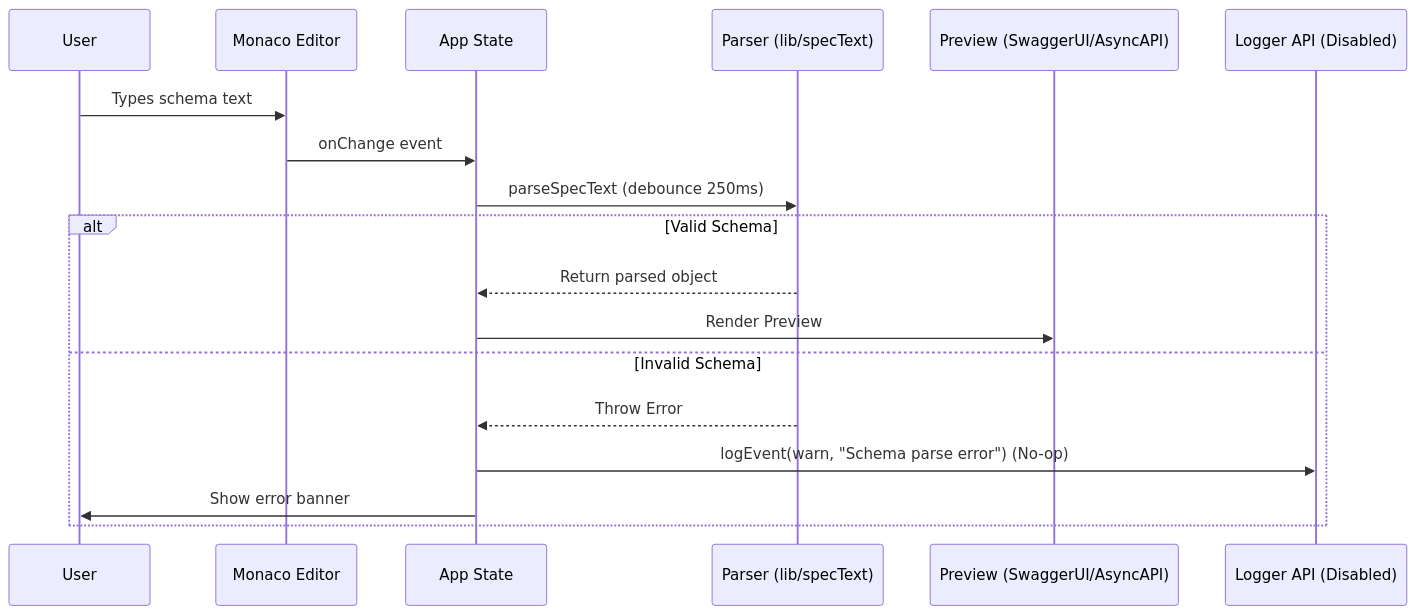
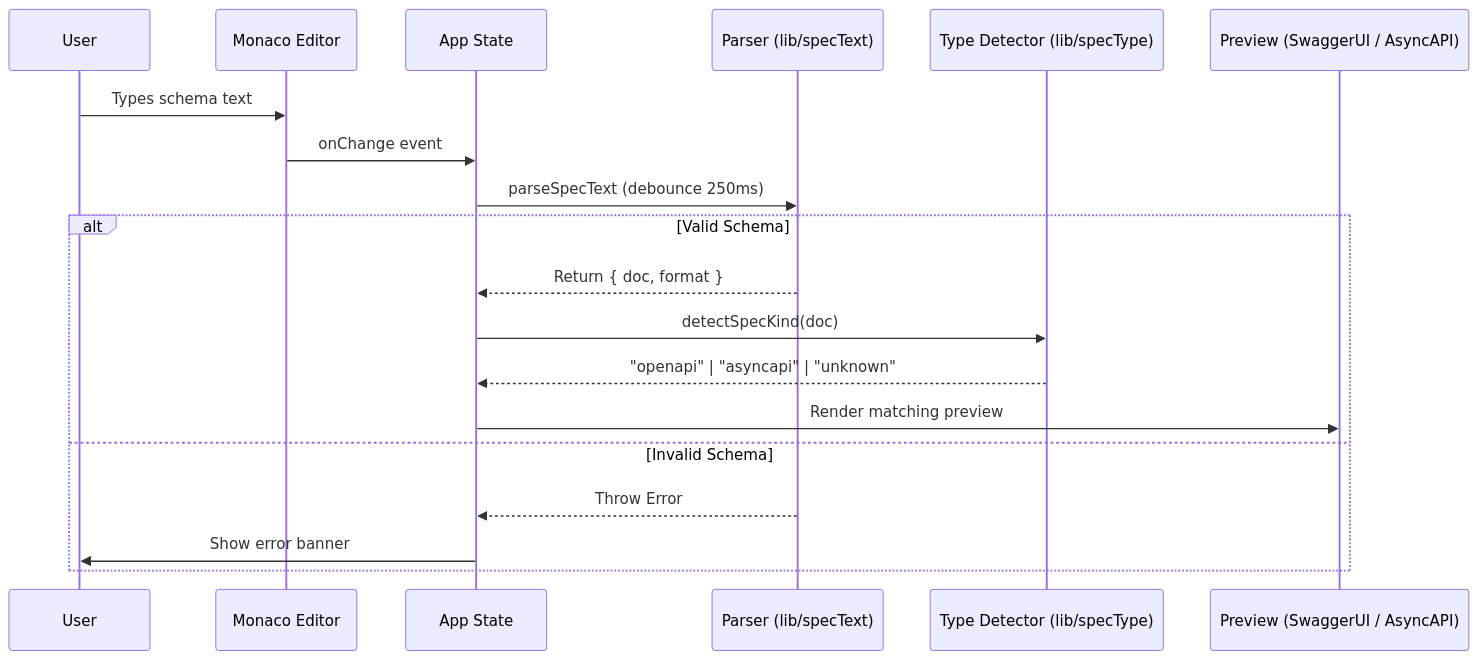
One commit to d-mv/janus changed the second of 3 diagrams in docs/ARCHITECTURE.md. Above: the diagram before and after it, drawn with Mermaid. The commit also changed other lines of this file and 9 other files, not shown here.

````diff
--- a/docs/ARCHITECTURE.md
+++ b/docs/ARCHITECTURE.md
@@ -43,21 +43,22 @@
 ```mermaid
 sequenceDiagram
     participant U as User
     participant E as Monaco Editor
     participant A as App State
     participant P as Parser (lib/specText)
-    participant V as Preview (SwaggerUI/AsyncAPI)
-    participant L as Logger API (Disabled)
+    participant T as Type Detector (lib/specType)
+    participant V as Preview (SwaggerUI / AsyncAPI)
 
     U->>E: Types schema text
     E->>A: onChange event
     A->>P: parseSpecText (debounce 250ms)
     alt Valid Schema
-        P-->>A: Return parsed object
-        A->>V: Render Preview
+        P-->>A: Return { doc, format }
+        A->>T: detectSpecKind(doc)
+        T-->>A: "openapi" | "asyncapi" | "unknown"
+        A->>V: Render matching preview
     else Invalid Schema
         P-->>A: Throw Error
-        A->>L: logEvent(warn, "Schema parse error") (No-op)
         A->>U: Show error banner
     end
 ```
````
